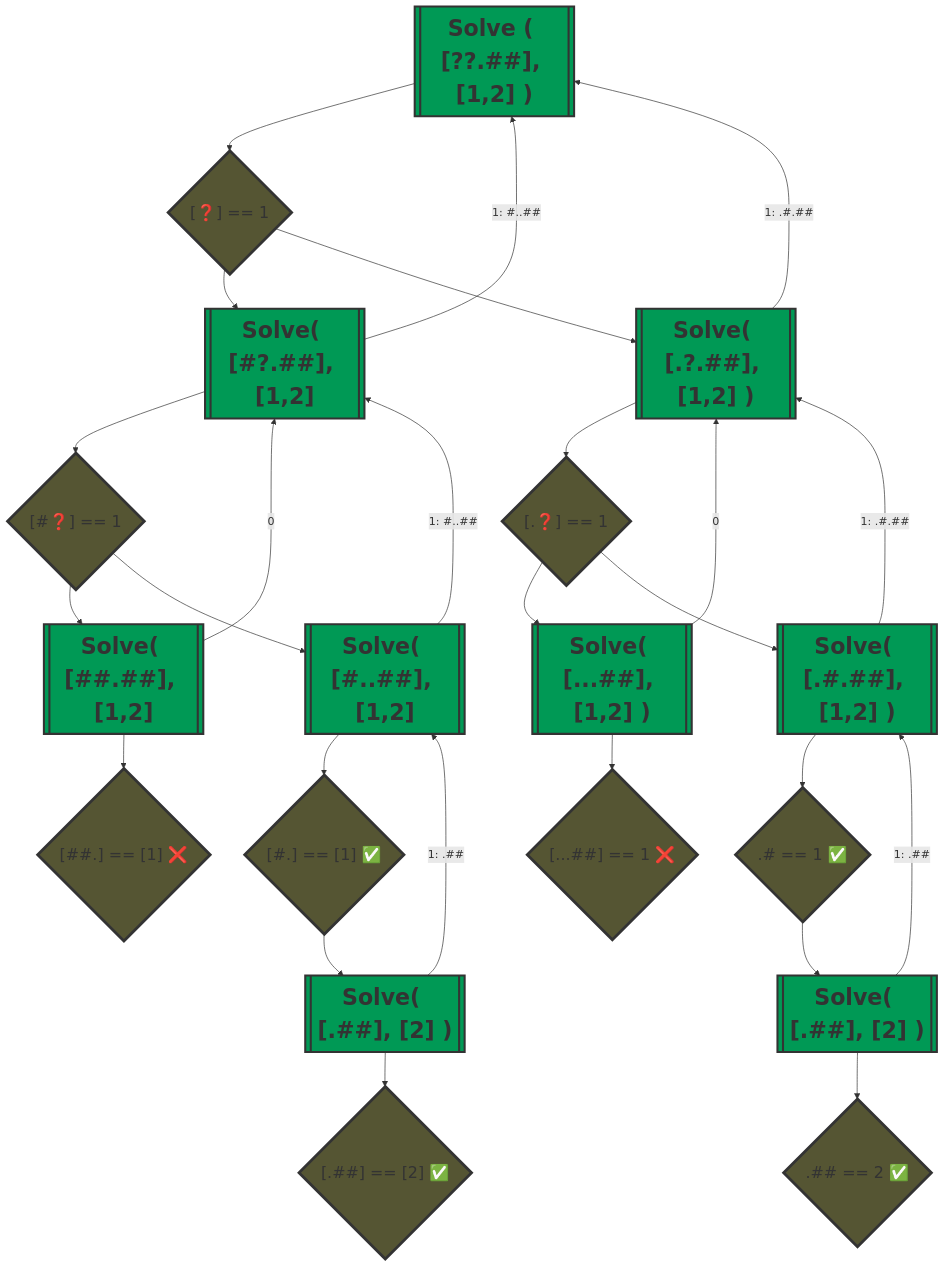
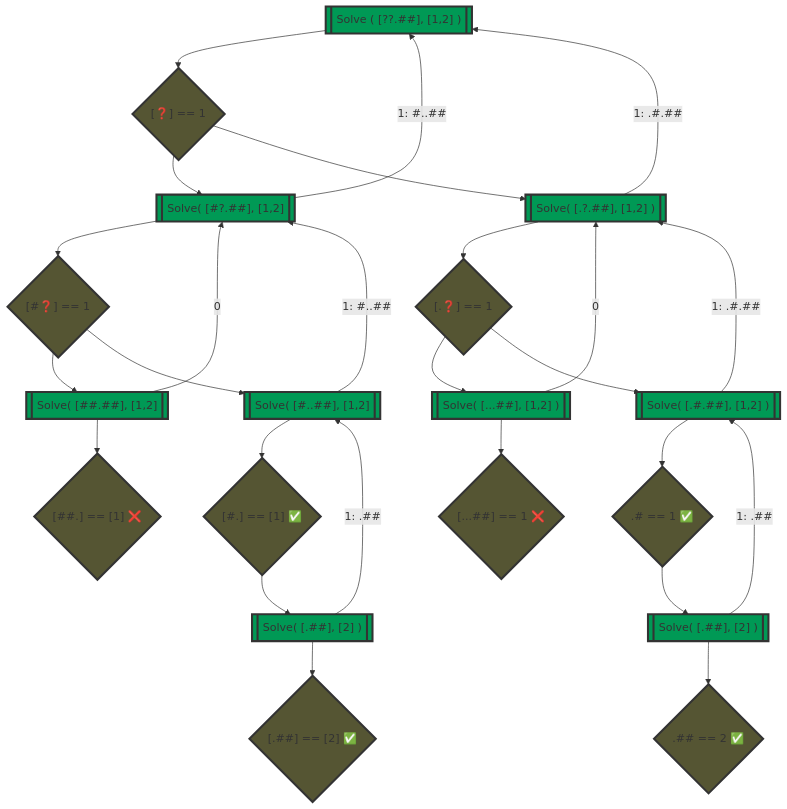
The diagram in src/bin/day12/README.md (gvelim/advent2023), drawn with Mermaid before and after one commit.

Commit message:
Update README.md styling

````diff
--- a/src/bin/day12/README.md
+++ b/src/bin/day12/README.md
@@ -120,28 +120,28 @@
 ```mermaid
 graph TD
     A[["Solve ( [??.##], [1,2] )"]] --> B{"[❓] == 1"}
     B --> C[["Solve( [#?.##], [1,2]"]] 
         C --> E{"[#❓] == 1"} 
             C -- "1: #..##" --> A
             E --> G[["Solve( [##.##], [1,2]"]] -- 0 --> C
                 G --> H{"[##.] == [1] ❌"}
             E --> F[["Solve( [#..##], [1,2]"]] -- "1: #..##" --> C
                 F --> F1 
                     F1{"[#.] == [1] ✅"} --> I
                         I[["Solve( [.##], [2] )"]] -- "1: .##" --> F
                         I --> IA{"[.##] == [2] ✅"}
     B --> D[["Solve( [.?.##], [1,2] )"]] -- "1: .#.##" --> A
         D --> J{"[.❓] == 1"}
             J --> L -- 0 --> D 
                 L[["Solve( [...##], [1,2] )"]] --> O
                 O{"[...##] == 1 ❌"}
             J --> K[["Solve( [.#.##], [1,2] )"]] -- "1: .#.##" --> D
                 K --> M{".# == 1 ✅"}
                     M --> P[["Solve( [.##], [2] )"]] -- "1: .##" --> K
                     P --> Q{".## == 2 ✅"}
 
-    classDef function fill:#095,stroke:#333,stroke-width:3px,font-size:32px,font-weight:bolder;
-    classDef decision fill:#553,stroke:#333,stroke-width:4px,font-size:23px;;
+    classDef function fill:#095,stroke:#333,stroke-width:3px;
+    classDef decision fill:#553,stroke:#333,stroke-width:3px;
     class A,C,D,G,F,L,K,P,I function
     class B,E,H,J,O,F1,IA,M,Q decision
 ```
````
